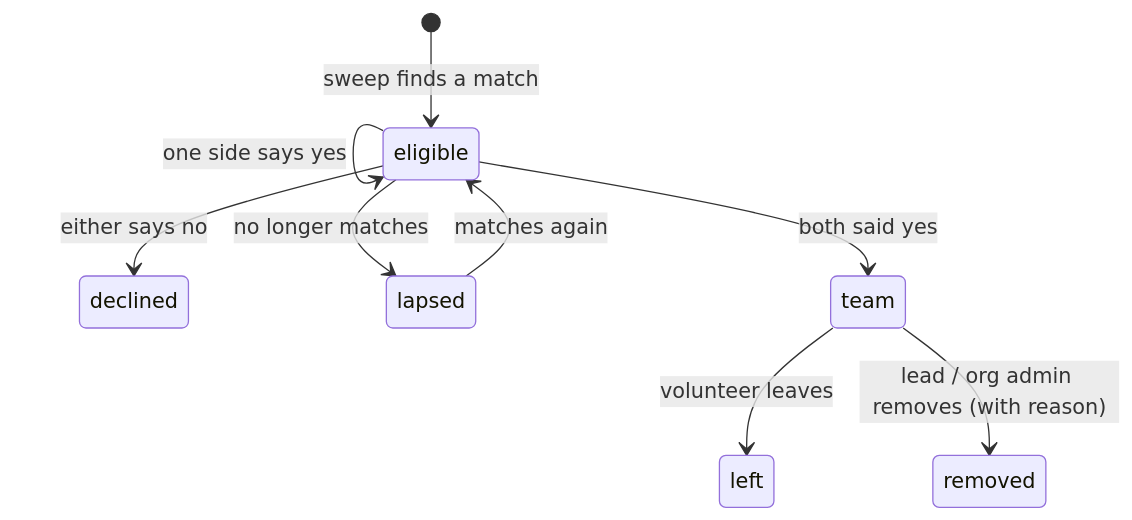
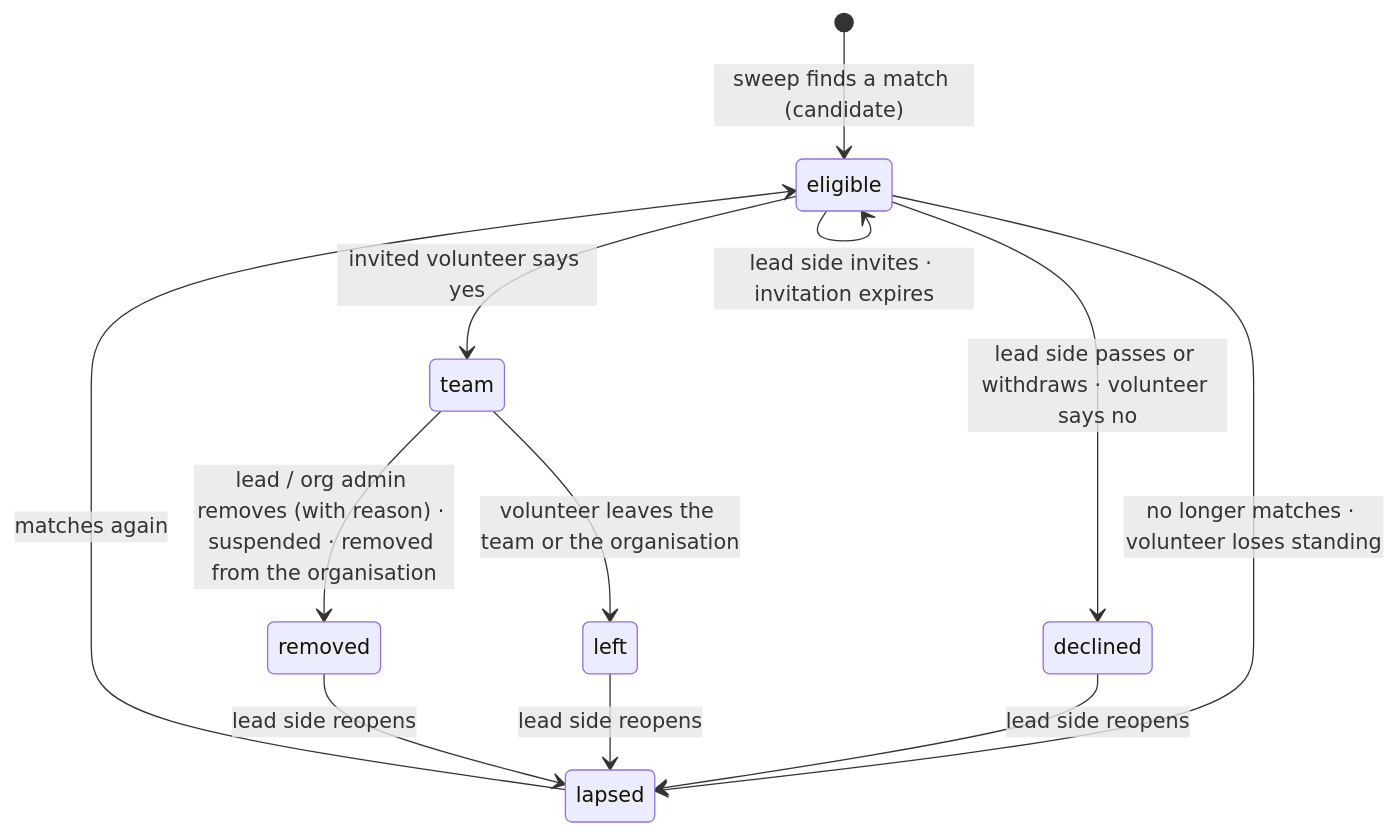
Before and after one commit to TheCyberScallywag/hackEntry: the eighth of 12 diagrams in docs/content/project/solution-architecture.md, drawn with Mermaid. The commit also changed other lines of this file and 43 other files, not shown here.

````diff
--- a/docs/content/project/solution-architecture.md
+++ b/docs/content/project/solution-architecture.md
@@ -472,11 +477,14 @@
 ```mermaid
 stateDiagram-v2
-  [*] --> eligible: sweep finds a match
-  eligible --> eligible: one side says yes
-  eligible --> team: both said yes
-  eligible --> declined: either says no
-  eligible --> lapsed: no longer matches
+  [*] --> eligible: sweep finds a match (candidate)
+  eligible --> eligible: lead side invites · invitation expires
+  eligible --> team: invited volunteer says yes
+  eligible --> declined: lead side passes or withdraws · volunteer says no
+  eligible --> lapsed: no longer matches · volunteer loses standing
   lapsed --> eligible: matches again
-  team --> left: volunteer leaves
-  team --> removed: lead / org admin removes (with reason)
+  team --> left: volunteer leaves the team or the organisation
+  team --> removed: lead / org admin removes (with reason) · suspended · removed from the organisation
+  declined --> lapsed: lead side reopens
+  left --> lapsed: lead side reopens
+  removed --> lapsed: lead side reopens
 ```
````
